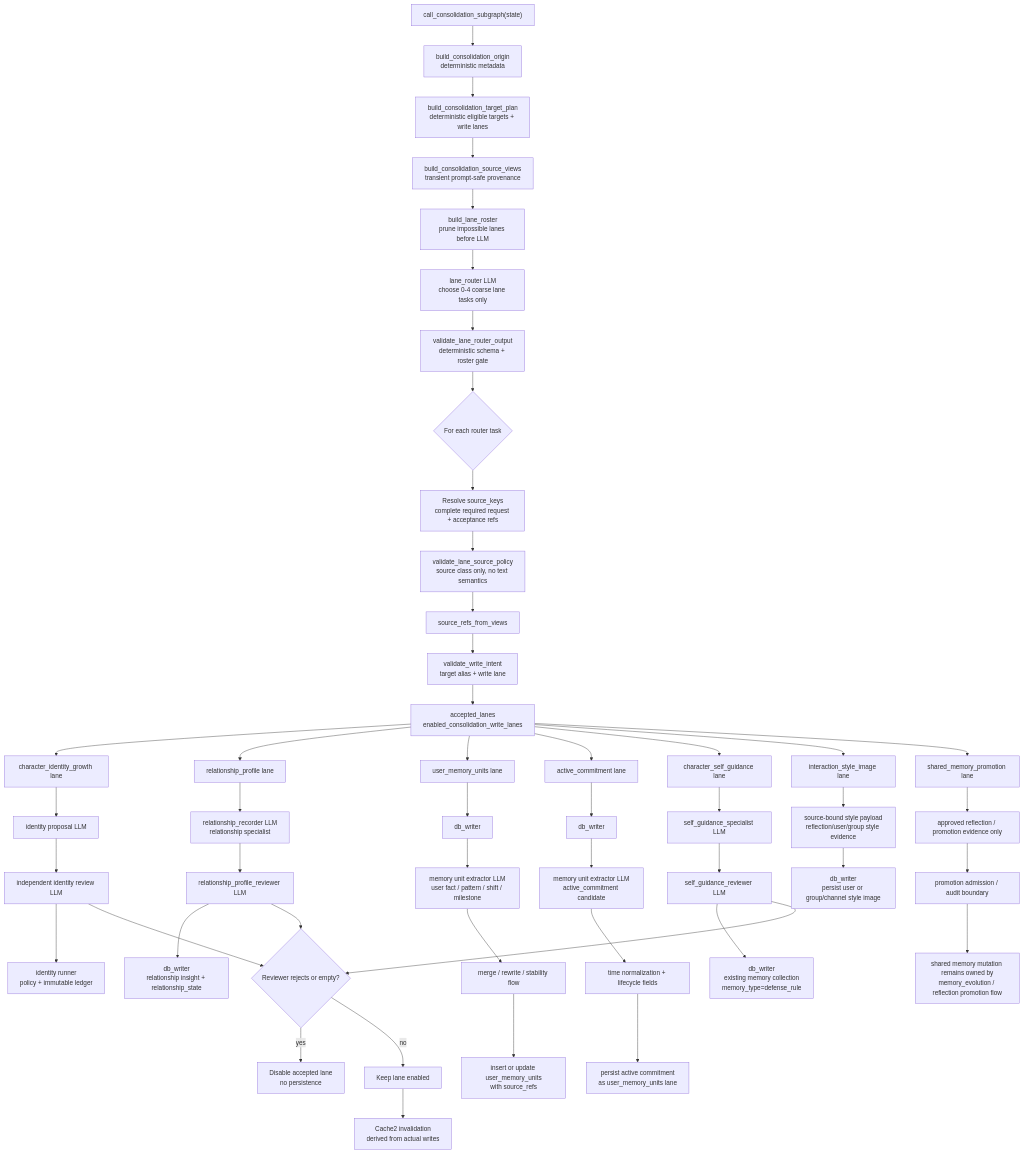
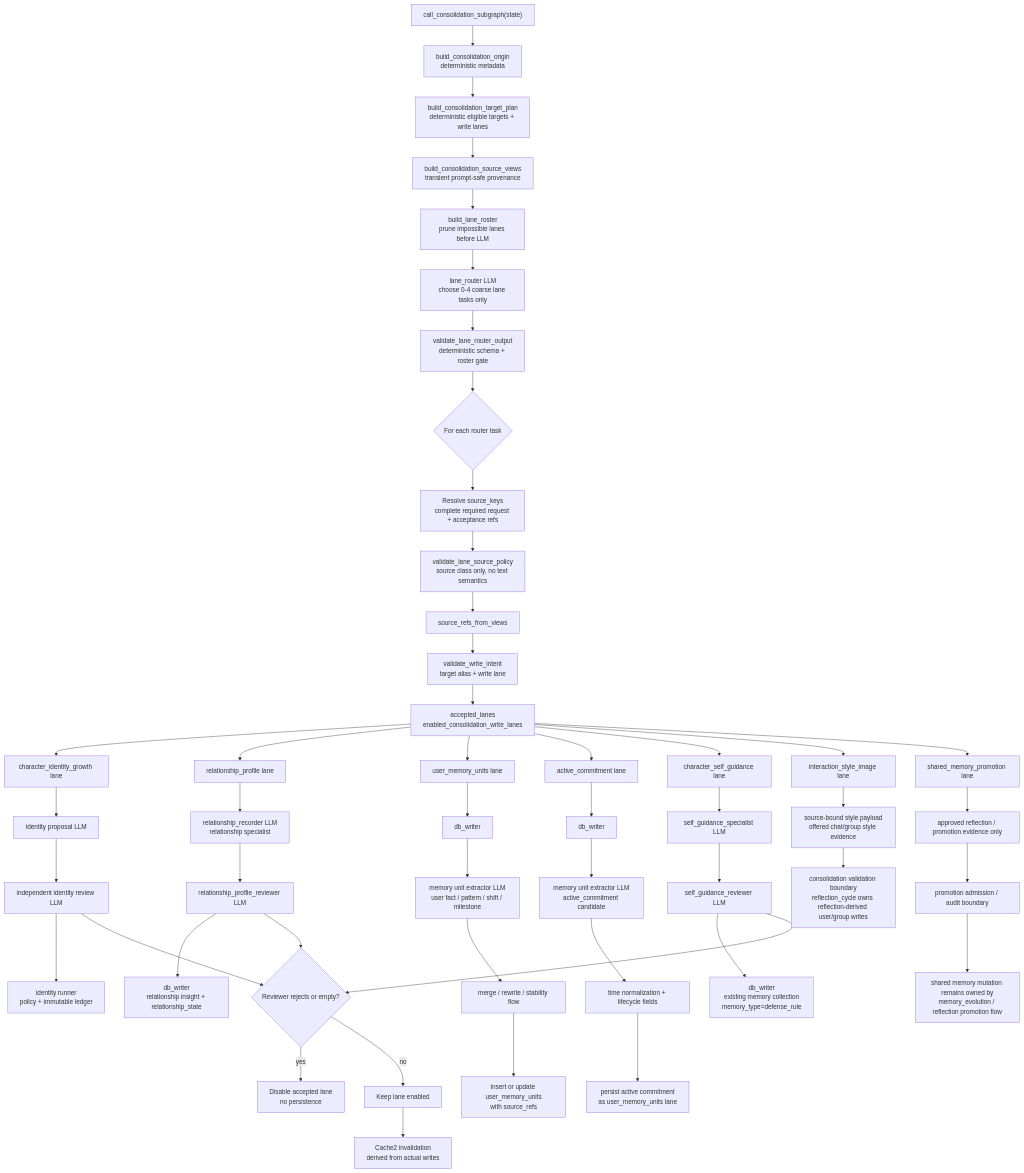
The second of 2 diagrams in src/kazusa_ai_chatbot/consolidation/README.md (eamars/KazusaAIChatbot), drawn with Mermaid before and after one commit. The commit also changed other lines of this file and 58 other files, not shown here.

````diff
--- a/src/kazusa_ai_chatbot/consolidation/README.md
+++ b/src/kazusa_ai_chatbot/consolidation/README.md
@@ -208,60 +214,60 @@
 ```mermaid
 flowchart TD
     A["call_consolidation_subgraph(state)"] --> B["build_consolidation_origin<br/>deterministic metadata"]
     B --> C["build_consolidation_target_plan<br/>deterministic eligible targets + write lanes"]
     C --> D["build_consolidation_source_views<br/>transient prompt-safe provenance"]
     D --> E["build_lane_roster<br/>prune impossible lanes before LLM"]
     E --> F["lane_router LLM<br/>choose 0-4 coarse lane tasks only"]
     F --> G["validate_lane_router_output<br/>deterministic schema + roster gate"]
 
     G --> H{"For each router task"}
     H --> I["Resolve source_keys<br/>complete required request + acceptance refs"]
     I --> J["validate_lane_source_policy<br/>source class only, no text semantics"]
     J --> K["source_refs_from_views"]
     K --> L["validate_write_intent<br/>target alias + write lane"]
     L --> M["accepted_lanes<br/>enabled_consolidation_write_lanes"]
 
     M --> IG["character_identity_growth lane"]
     IG --> IG1["identity proposal LLM"]
     IG1 --> IG2["independent identity review LLM"]
     IG2 --> IG3["identity runner<br/>policy + immutable ledger"]
 
     M --> RP["relationship_profile lane"]
     RP --> RP1["relationship_recorder LLM<br/>relationship specialist"]
     RP1 --> RP2["relationship_profile_reviewer LLM"]
     RP2 --> RP3["db_writer<br/>relationship insight + relationship_state"]
 
     M --> UM["user_memory_units lane"]
     UM --> UM1["db_writer"]
     UM1 --> UM2["memory unit extractor LLM<br/>user fact / pattern / shift / milestone"]
     UM2 --> UM3["merge / rewrite / stability flow"]
     UM3 --> UM4["insert or update user_memory_units<br/>with source_refs"]
 
     M --> AC["active_commitment lane"]
     AC --> AC1["db_writer"]
     AC1 --> AC2["memory unit extractor LLM<br/>active_commitment candidate"]
     AC2 --> AC3["time normalization + lifecycle fields"]
     AC3 --> AC4["persist active commitment<br/>as user_memory_units lane"]
 
     M --> SG["character_self_guidance lane"]
     SG --> SG1["self_guidance_specialist LLM"]
     SG1 --> SG2["self_guidance_reviewer LLM"]
     SG2 --> SG3["db_writer<br/>existing memory collection<br/>memory_type=defense_rule"]
 
     M --> IS["interaction_style_image lane"]
-    IS --> IS1["source-bound style payload<br/>reflection/user/group style evidence"]
-    IS1 --> IS2["db_writer<br/>persist user or group/channel style image"]
+    IS --> IS1["source-bound style payload<br/>offered chat/group style evidence"]
+    IS1 --> IS2["consolidation validation boundary<br/>reflection_cycle owns reflection-derived user/group writes"]
 
     M --> SM["shared_memory_promotion lane"]
     SM --> SM1["approved reflection / promotion evidence only"]
     SM1 --> SM2["promotion admission / audit boundary"]
     SM2 --> SM3["shared memory mutation remains owned by<br/>memory_evolution / reflection promotion flow"]
 
     IG2 --> R{"Reviewer rejects or empty?"}
     RP2 --> R
     SG2 --> R
     R -->|yes| X["Disable accepted lane<br/>no persistence"]
     R -->|no| Y["Keep lane enabled"]
 
     Y --> Z["Cache2 invalidation<br/>derived from actual writes"]
 ```
````
